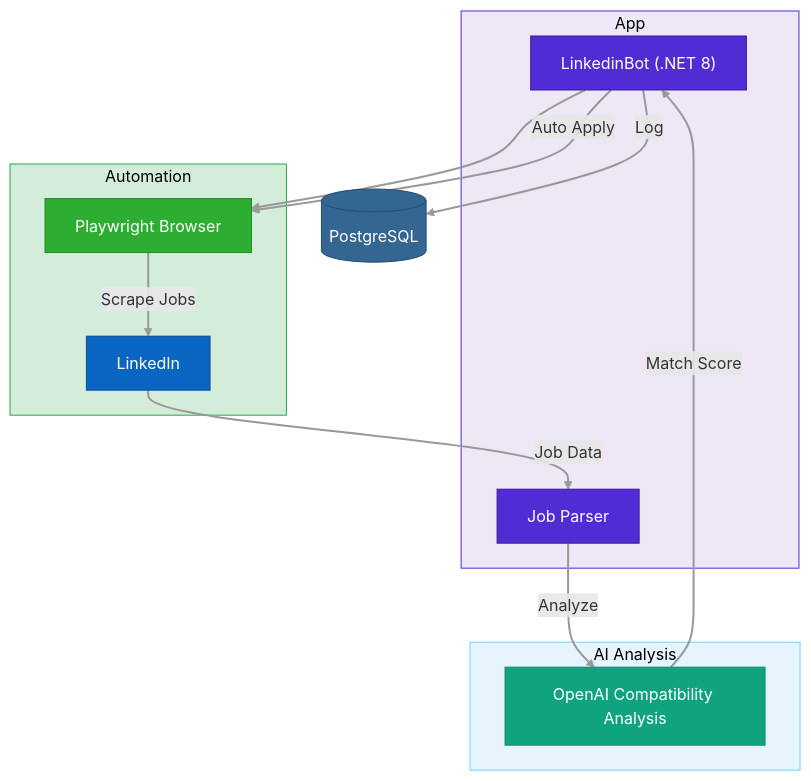
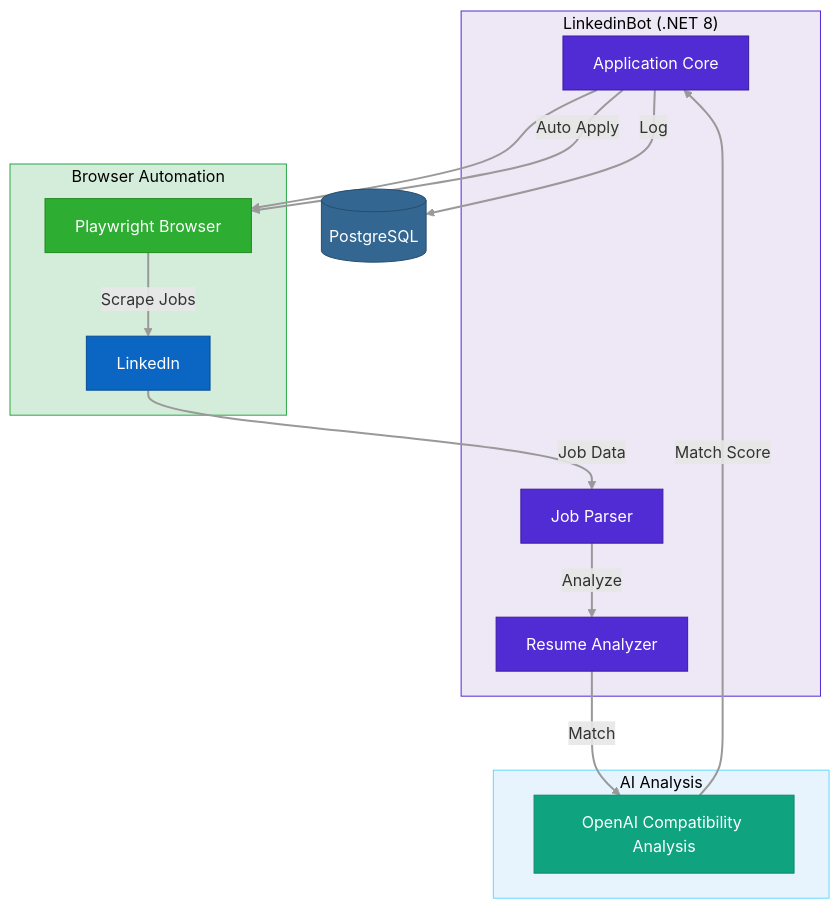
Before and after one commit to emaginebr/emagine-deploy: the diagram in emagine-site/src/data/diagrams/linkedinbot.mmd, drawn with Mermaid. The commit also changed 111 other files, not shown here.

Commit message:
fix: refactory diagrams

```diff
--- a/emagine-site/src/data/diagrams/linkedinbot.mmd
+++ b/emagine-site/src/data/diagrams/linkedinbot.mmd
@@ -1,41 +1,37 @@
 graph TD
-    subgraph App
-        AppMain["LinkedinBot (.NET 8)"]
+    subgraph App["LinkedinBot (.NET 8)"]
+        AppMain["Application Core"]
         JobParser["Job Parser"]
+        ResumeAnalyzer["Resume Analyzer"]
     end
-    subgraph Automation
+    subgraph Automation["Browser Automation"]
         Playwright["Playwright Browser"]
         LinkedIn["LinkedIn"]
     end
     subgraph AI["AI Analysis"]
         AIAnalysis["OpenAI Compatibility Analysis"]
     end
-    DB[(" PostgreSQL")]
+    DB[("PostgreSQL")]
 
     AppMain --> Playwright
     Playwright -->|"Scrape Jobs"| LinkedIn
     LinkedIn -->|"Job Data"| JobParser
-    JobParser -->|"Analyze"| AIAnalysis
+    JobParser -->|"Analyze"| ResumeAnalyzer
+    ResumeAnalyzer -->|"Match"| AIAnalysis
     AIAnalysis -->|"Match Score"| AppMain
     AppMain -->|"Auto Apply"| Playwright
     AppMain -->|"Log"| DB
 
-    click AppMain mermaidCallback "App"
-    click JobParser mermaidCallback "JobParser"
-    click Playwright mermaidCallback "Playwright"
-    click LinkedIn mermaidCallback "LinkedIn"
-    click AIAnalysis mermaidCallback "AIAnalysis"
-    click DB mermaidCallback "DB"
-
     style AppMain fill:#512BD4,stroke:#3a1d9e,color:#fff
     style JobParser fill:#512BD4,stroke:#3a1d9e,color:#fff
+    style ResumeAnalyzer fill:#512BD4,stroke:#3a1d9e,color:#fff
     style Playwright fill:#2EAD33,stroke:#228B22,color:#fff
     style LinkedIn fill:#0A66C2,stroke:#084d94,color:#fff
     style AIAnalysis fill:#10a37f,stroke:#0d8a6a,color:#fff
     style DB fill:#336791,stroke:#264d6e,color:#fff
 
     style App fill:#ede7f6,stroke:#512BD4,color:#000
     style Automation fill:#d4edda,stroke:#28a745,color:#000
     style AI fill:#e8f4fd,stroke:#61DAFB,color:#000
 
     linkStyle default stroke:#999,stroke-width:2px
```
